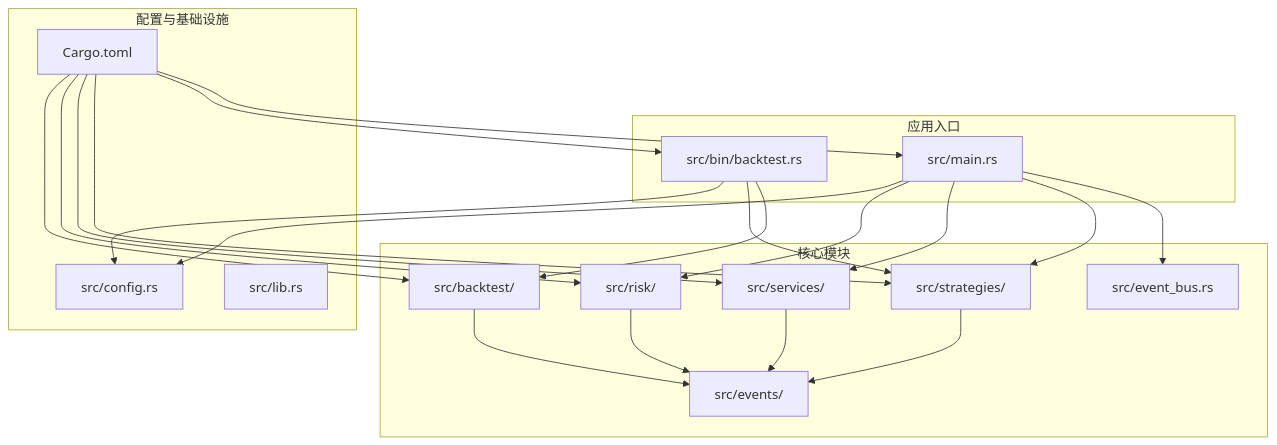
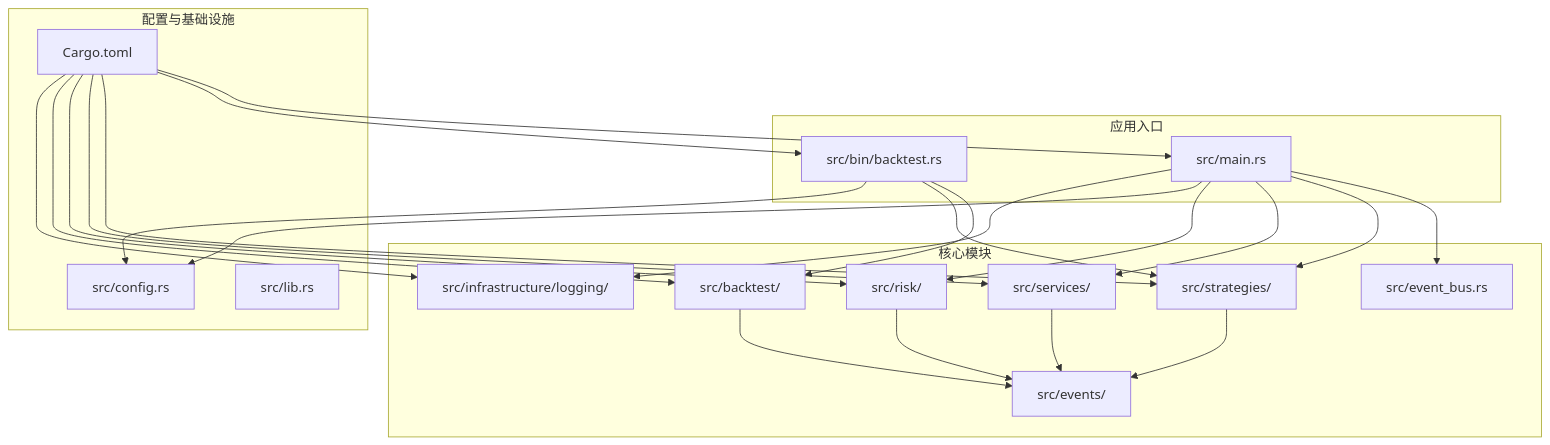
Diagram 11 of 11 in .qoder/repowiki/zh/content/核心模块/动量策略引擎.md (Heres1/binanceWebsocket), drawn with Mermaid before and after one commit. The commit also changed other lines of this file and 7 other files, not shown here.

````diff
--- a/.qoder/repowiki/zh/content/核心模块/动量策略引擎.md
+++ b/.qoder/repowiki/zh/content/核心模块/动量策略引擎.md
@@ -410,38 +506,41 @@
 ```mermaid
 graph TB
 subgraph "应用入口"
 main[src/main.rs]
 backtest[src/bin/backtest.rs]
 end
 subgraph "核心模块"
 event_bus[src/event_bus.rs]
 events[src/events/]
 strategies[src/strategies/]
 services[src/services/]
 risk[src/risk/]
 backtest_mod[src/backtest/]
+logging[src/infrastructure/logging/]
 end
 subgraph "配置与基础设施"
 config[src/config.rs]
 lib[src/lib.rs]
 cargo[Cargo.toml]
 end
 main --> event_bus
 main --> strategies
 main --> services
 main --> risk
 main --> config
+main --> logging
 backtest --> backtest_mod
 backtest --> strategies
 backtest --> config
 strategies --> events
 services --> events
 risk --> events
 backtest_mod --> events
 cargo --> main
 cargo --> backtest
 cargo --> strategies
 cargo --> services
 cargo --> risk
 cargo --> backtest_mod
+cargo --> logging
 ```
````
